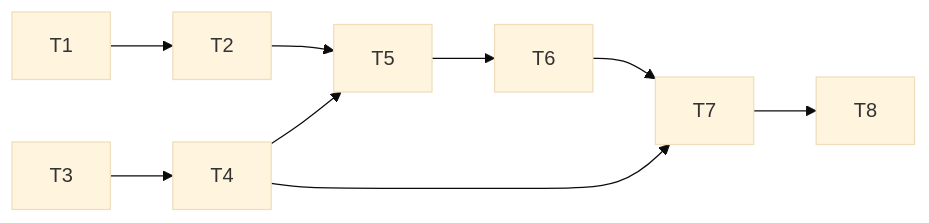
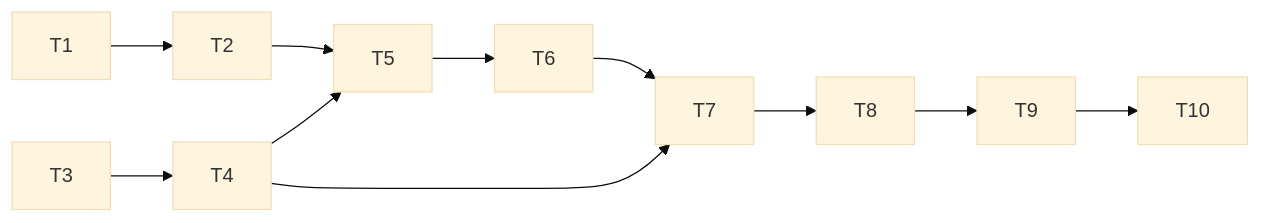
Before and after one commit to OUTLElijiadong/llm-agent-code-review: the diagram in docs/沙箱黑盒入口与上下文复用20261008/TASK_沙箱黑盒入口与上下文复用.md, drawn with Mermaid (base theme). The commit also changed other lines of this file and 7 other files, not shown here.

````diff
--- a/docs/沙箱黑盒入口与上下文复用20261008/TASK_沙箱黑盒入口与上下文复用.md
+++ b/docs/沙箱黑盒入口与上下文复用20261008/TASK_沙箱黑盒入口与上下文复用.md
@@ -16,11 +18,13 @@
 ```mermaid
 flowchart LR
   T1 --> T2
   T3 --> T4
   T2 --> T5
   T4 --> T5
   T5 --> T6
   T4 --> T7
   T6 --> T7
   T7 --> T8
+  T8 --> T9
+  T9 --> T10
 ```
````
